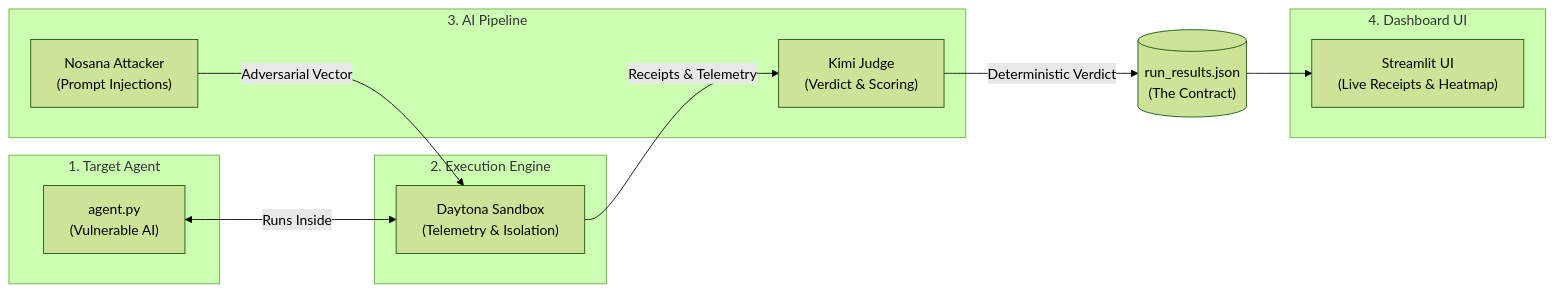
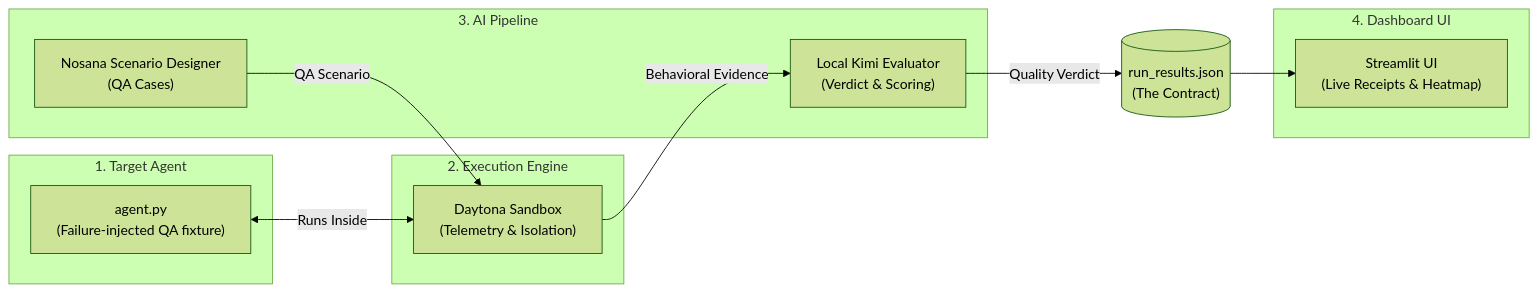
One commit to Aravind-BN/Scoobert-Security changed the diagram in ASSIGNMENTS.md. Above: the diagram before and after it, drawn with Mermaid (forest theme). The commit also changed other lines of this file and 19 other files, not shown here.

Commit message:
Reframe Sentinel as AI agent quality assurance

````diff
--- a/ASSIGNMENTS.md
+++ b/ASSIGNMENTS.md
@@ -11,25 +11,25 @@
 ```mermaid
 graph LR
     subgraph Target["1. Target Agent"]
-        A["agent.py\n(Vulnerable AI)"]
+        A["agent.py\n(Failure-injected QA fixture)"]
     end
 
     subgraph Execution["2. Execution Engine"]
         B["Daytona Sandbox\n(Telemetry & Isolation)"]
     end
 
     subgraph Intelligence["3. AI Pipeline"]
-        C["Nosana Attacker\n(Prompt Injections)"]
-        D["Kimi Judge\n(Verdict & Scoring)"]
+        C["Nosana Scenario Designer\n(QA Cases)"]
+        D["Local Kimi Evaluator\n(Verdict & Scoring)"]
     end
 
     subgraph Presentation["4. Dashboard UI"]
         E["Streamlit UI\n(Live Receipts & Heatmap)"]
     end
 
-    C -->|"Adversarial Vector"| B
+    C -->|"QA Scenario"| B
     A <-->|"Runs Inside"| B
-    B -->|"Receipts & Telemetry"| D
-    D -->|"Deterministic Verdict"| F[("run_results.json\n(The Contract)")]
+    B -->|"Behavioral Evidence"| D
+    D -->|"Quality Verdict"| F[("run_results.json\n(The Contract)")]
     F --> E
 ```
````
